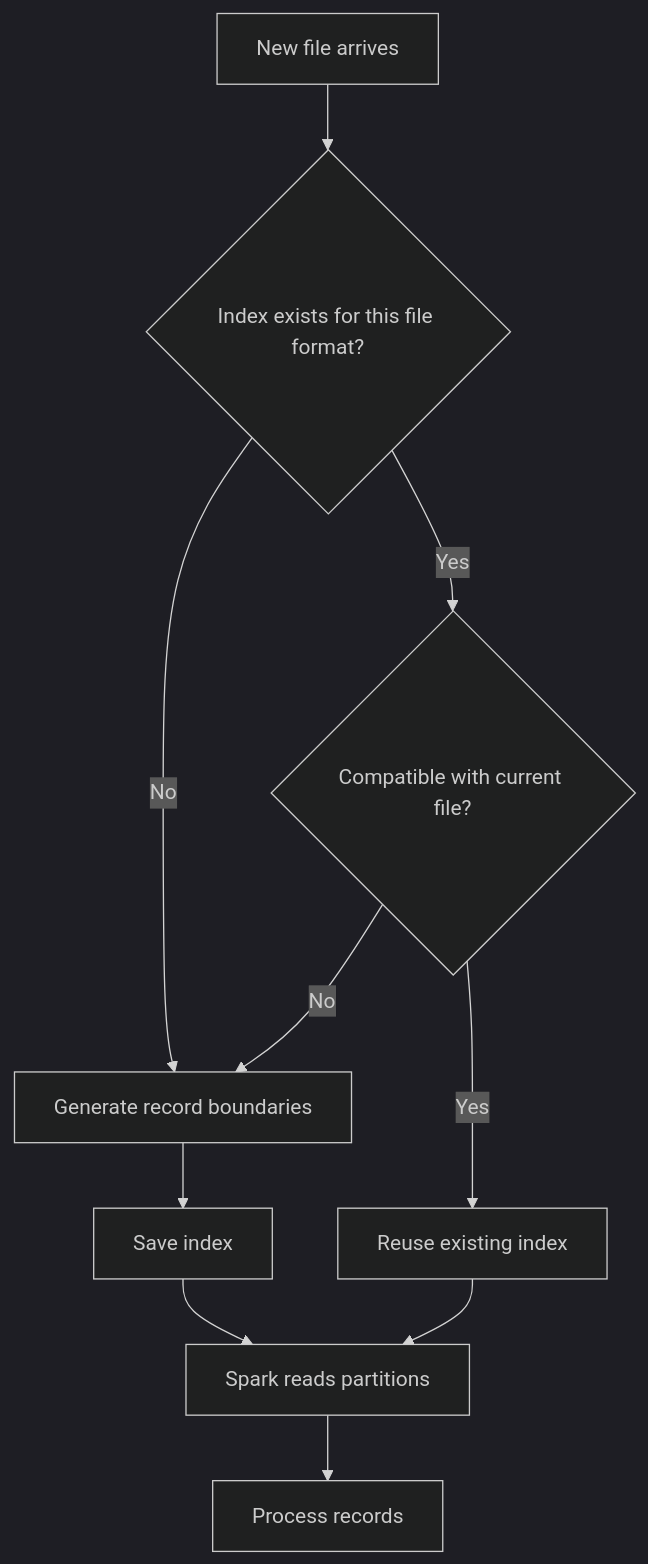
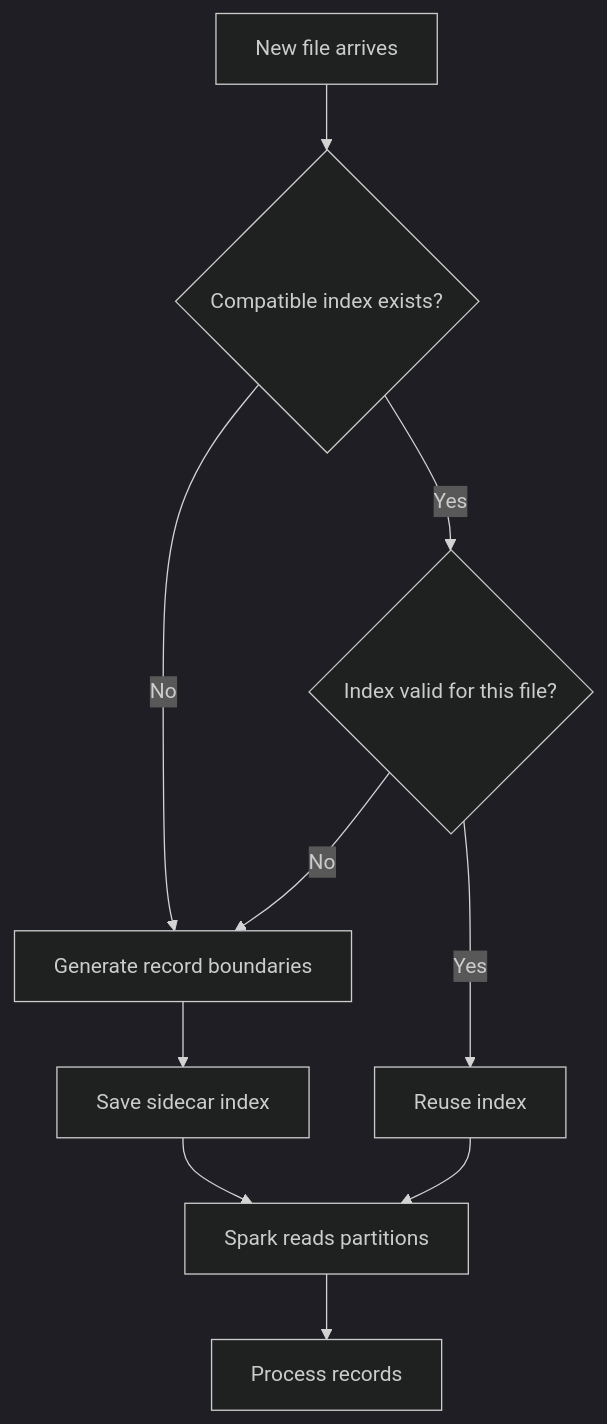
One commit to yassinessadi/Ecopass-cobol changed the diagram in README.md. Above: the diagram before and after it, drawn with Mermaid (dark theme). The commit also changed other lines of this file, not shown here.

````diff
--- a/README.md
+++ b/README.md
@@ -8,14 +11,12 @@
 ```mermaid
 flowchart TD
-    A[New file arrives] --> B{Index exists for this file format?}
-    B -->|Yes| C{Compatible with current file?}
+    A[New file arrives] --> B{Compatible index exists?}
+    B -->|Yes| C{Index valid for this file?}
     B -->|No| D[Generate record boundaries]
-    C -->|Yes| E[Reuse existing index]
+    C -->|Yes| E[Reuse index]
     C -->|No| D
-    D --> F[Save index]
+    D --> F[Save sidecar index]
     F --> G[Spark reads partitions]
     E --> G
     G --> H[Process records]
-
-
 ```
````
